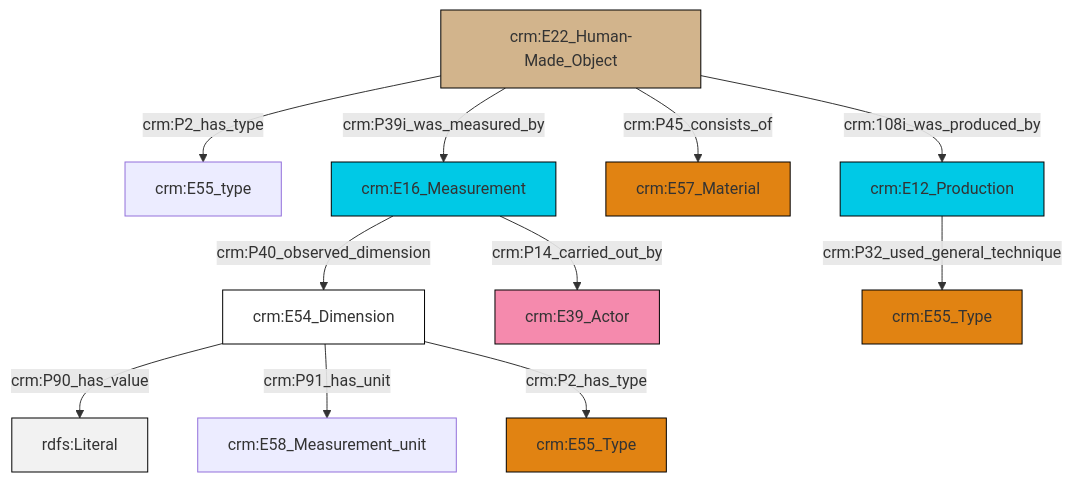
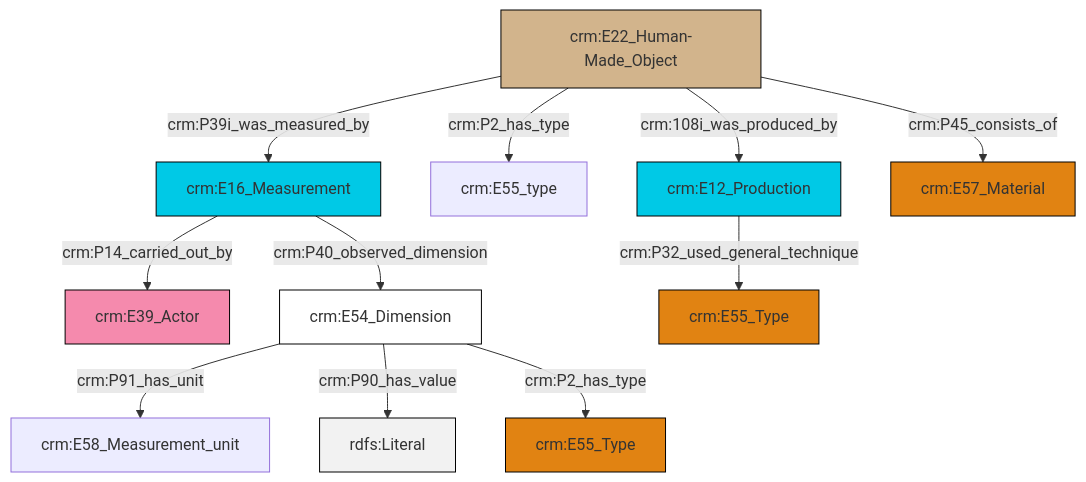
One commit to swiss-art-research-net/reference-data-models changed the diagram in et/builtWorkCSV/ttl/mmd/Built_Work_substance.ttl.mmd. Above: the diagram before and after it, drawn with Mermaid. The commit also changed 128 other files, not shown here.

```diff
--- a/et/builtWorkCSV/ttl/mmd/Built_Work_substance.ttl.mmd
+++ b/et/builtWorkCSV/ttl/mmd/Built_Work_substance.ttl.mmd
@@ -1,25 +1,25 @@
 graph TD
 classDef Literal fill:#f2f2f2,stroke:#000000;
 classDef CRM_Entity fill:#FFFFFF,stroke:#000000;
 classDef Temporal_Entity fill:#00C9E6, stroke:#000000;
 classDef Type fill:#E18312, stroke:#000000;
 classDef Time-Span fill:#2C9C91, stroke:#000000;
 classDef Appellation fill:#FFEB7F, stroke:#000000;
 classDef Place fill:#008836, stroke:#000000;
 classDef Persistent_Item fill:#B266B2, stroke:#000000;
 classDef Conceptual_Object fill:#FFD700, stroke:#000000;
 classDef Physical_Thing fill:#D2B48C, stroke:#000000;
 classDef Actor fill:#f58aad, stroke:#000000;
 classDef PC_Classes fill:#4ce600, stroke:#000000;
 classDef Multi fill:#cccccc,stroke:#000000;
 
-2["crm:E54_Dimension"]:::CRM_Entity -->|crm:P90_has_value| 3[rdfs:Literal]:::Literal
-2["crm:E54_Dimension"]:::CRM_Entity -->|crm:P91_has_unit| 8["crm:E58_Measurement_unit"]:::Default
-9["crm:E22_Human-Made_Object"]:::Physical_Thing -->|crm:P45_consists_of| 10["crm:E57_Material"]:::Type
-9["crm:E22_Human-Made_Object"]:::Physical_Thing -->|crm:P39i_was_measured_by| 11["crm:E16_Measurement"]:::Temporal_Entity
-11["crm:E16_Measurement"]:::Temporal_Entity -->|crm:P40_observed_dimension| 2["crm:E54_Dimension"]:::CRM_Entity
-9["crm:E22_Human-Made_Object"]:::Physical_Thing -->|crm:P2_has_type| 0["crm:E55_type"]:::Default
-9["crm:E22_Human-Made_Object"]:::Physical_Thing -->|crm:108i_was_produced_by| 6["crm:E12_Production"]:::Temporal_Entity
-2["crm:E54_Dimension"]:::CRM_Entity -->|crm:P2_has_type| 4["crm:E55_Type"]:::Type
-6["crm:E12_Production"]:::Temporal_Entity -->|crm:P32_used_general_technique| 14["crm:E55_Type"]:::Type
-11["crm:E16_Measurement"]:::Temporal_Entity -->|crm:P14_carried_out_by| 12["crm:E39_Actor"]:::Actor
+0["crm:E22_Human-Made_Object"]:::Physical_Thing -->|crm:108i_was_produced_by| 1["crm:E12_Production"]:::Temporal_Entity
+0["crm:E22_Human-Made_Object"]:::Physical_Thing -->|crm:P2_has_type| 3["crm:E55_type"]:::Default
+4["crm:E16_Measurement"]:::Temporal_Entity -->|crm:P14_carried_out_by| 5["crm:E39_Actor"]:::Actor
+7["crm:E54_Dimension"]:::CRM_Entity -->|crm:P91_has_unit| 8["crm:E58_Measurement_unit"]:::Default
+0["crm:E22_Human-Made_Object"]:::Physical_Thing -->|crm:P45_consists_of| 9["crm:E57_Material"]:::Type
+0["crm:E22_Human-Made_Object"]:::Physical_Thing -->|crm:P39i_was_measured_by| 4["crm:E16_Measurement"]:::Temporal_Entity
+4["crm:E16_Measurement"]:::Temporal_Entity -->|crm:P40_observed_dimension| 7["crm:E54_Dimension"]:::CRM_Entity
+7["crm:E54_Dimension"]:::CRM_Entity -->|crm:P90_has_value| 12[rdfs:Literal]:::Literal
+7["crm:E54_Dimension"]:::CRM_Entity -->|crm:P2_has_type| 13["crm:E55_Type"]:::Type
+1["crm:E12_Production"]:::Temporal_Entity -->|crm:P32_used_general_technique| 15["crm:E55_Type"]:::Type
```
